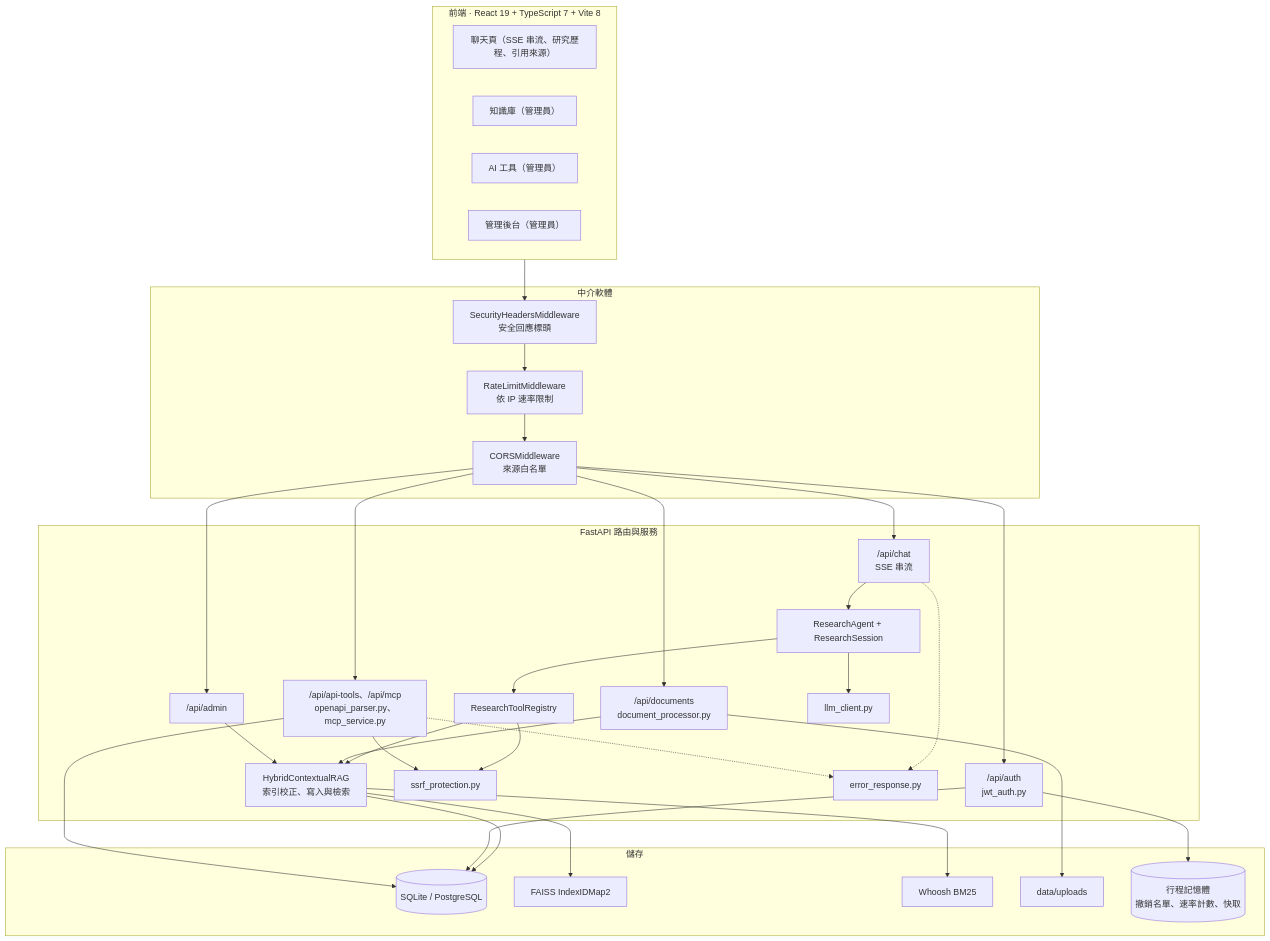
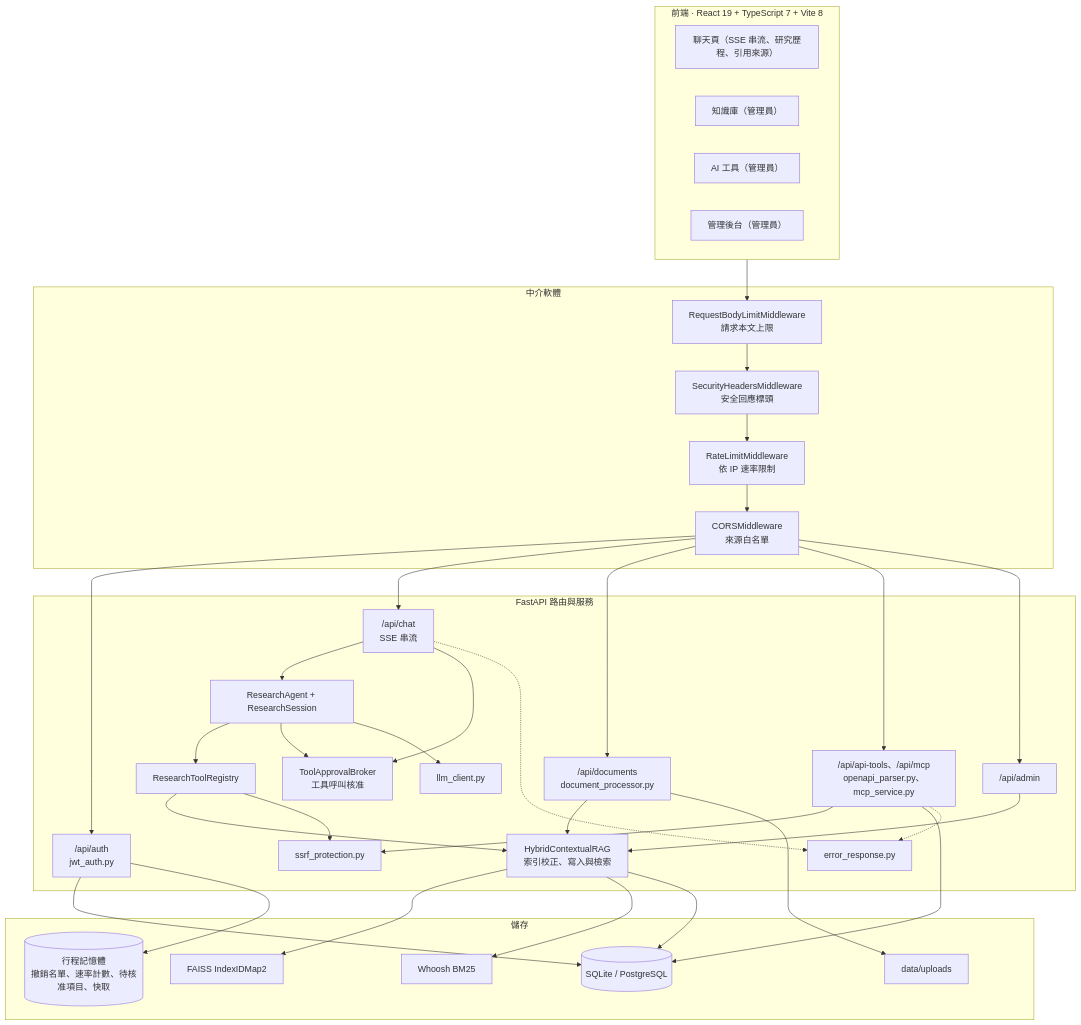
The first of 9 diagrams in docs/architecture.md (Scorpio-meow/AskMiao), drawn with Mermaid before and after one commit. The commit also changed other lines of this file and 84 other files, not shown here.

````diff
--- a/docs/architecture.md
+++ b/docs/architecture.md
@@ -30,55 +30,59 @@
 ```mermaid
 flowchart TB
     subgraph Client ["前端 · React 19 + TypeScript 7 + Vite 8"]
         ChatUI["聊天頁（SSE 串流、研究歷程、引用來源）"]
         DocsUI["知識庫（管理員）"]
         ToolsUI["AI 工具（管理員）"]
         AdminUI["管理後台（管理員）"]
     end
 
     subgraph Gateway ["中介軟體"]
+        BodyLimit["RequestBodyLimitMiddleware<br/>請求本文上限"]
         SecHeaders["SecurityHeadersMiddleware<br/>安全回應標頭"]
         RateLimit["RateLimitMiddleware<br/>依 IP 速率限制"]
         CORS["CORSMiddleware<br/>來源白名單"]
     end
 
     subgraph Backend ["FastAPI 路由與服務"]
         AuthAPI["/api/auth<br/>jwt_auth.py"]
         ChatAPI["/api/chat<br/>SSE 串流"]
         DocAPI["/api/documents<br/>document_processor.py"]
         ToolAPI["/api/api-tools、/api/mcp<br/>openapi_parser.py、mcp_service.py"]
         AdminAPI["/api/admin"]
         RAG["HybridContextualRAG<br/>索引校正、寫入與檢索"]
         Agent["ResearchAgent + ResearchSession"]
+        Approval["ToolApprovalBroker<br/>工具呼叫核准"]
         Registry["ResearchToolRegistry"]
         LLM["llm_client.py"]
         SSRF["ssrf_protection.py"]
         Err["error_response.py"]
     end
 
     subgraph Storage ["儲存"]
         DB[("SQLite / PostgreSQL")]
         FAISS["FAISS IndexIDMap2"]
         BM25["Whoosh BM25"]
         Files["data/uploads"]
-        Mem[("行程記憶體<br/>撤銷名單、速率計數、快取")]
+        Mem[("行程記憶體<br/>撤銷名單、速率計數、待核准項目、快取")]
     end
 
-    Client --> SecHeaders --> RateLimit --> CORS
+    Client --> BodyLimit --> SecHeaders --> RateLimit --> CORS
     CORS --> AuthAPI & ChatAPI & DocAPI & ToolAPI & AdminAPI
     ChatAPI --> Agent --> Registry
+    Agent --> Approval
+    ChatAPI --> Approval
     Agent --> LLM
     Registry --> RAG
     Registry --> SSRF
     ToolAPI --> SSRF
     DocAPI --> RAG
     AdminAPI --> RAG
     RAG --> FAISS & BM25
     RAG --> DB
     DocAPI --> Files
     AuthAPI --> DB
     AuthAPI --> Mem
     ToolAPI --> DB
     ChatAPI -.-> Err
     ToolAPI -.-> Err
 ```
````
